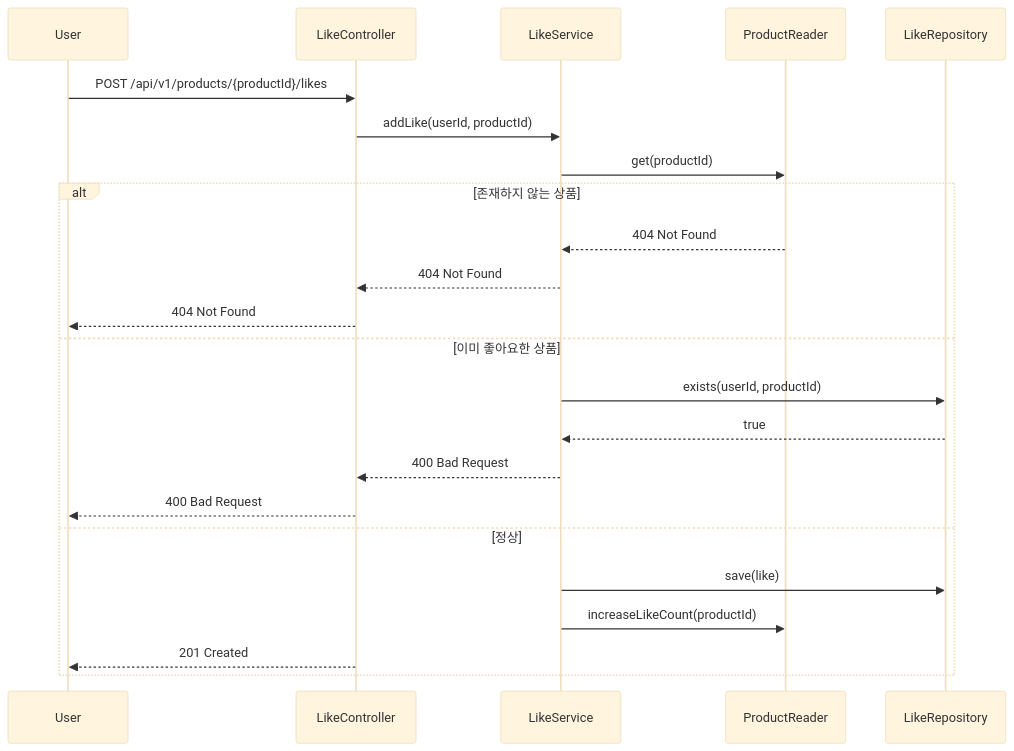
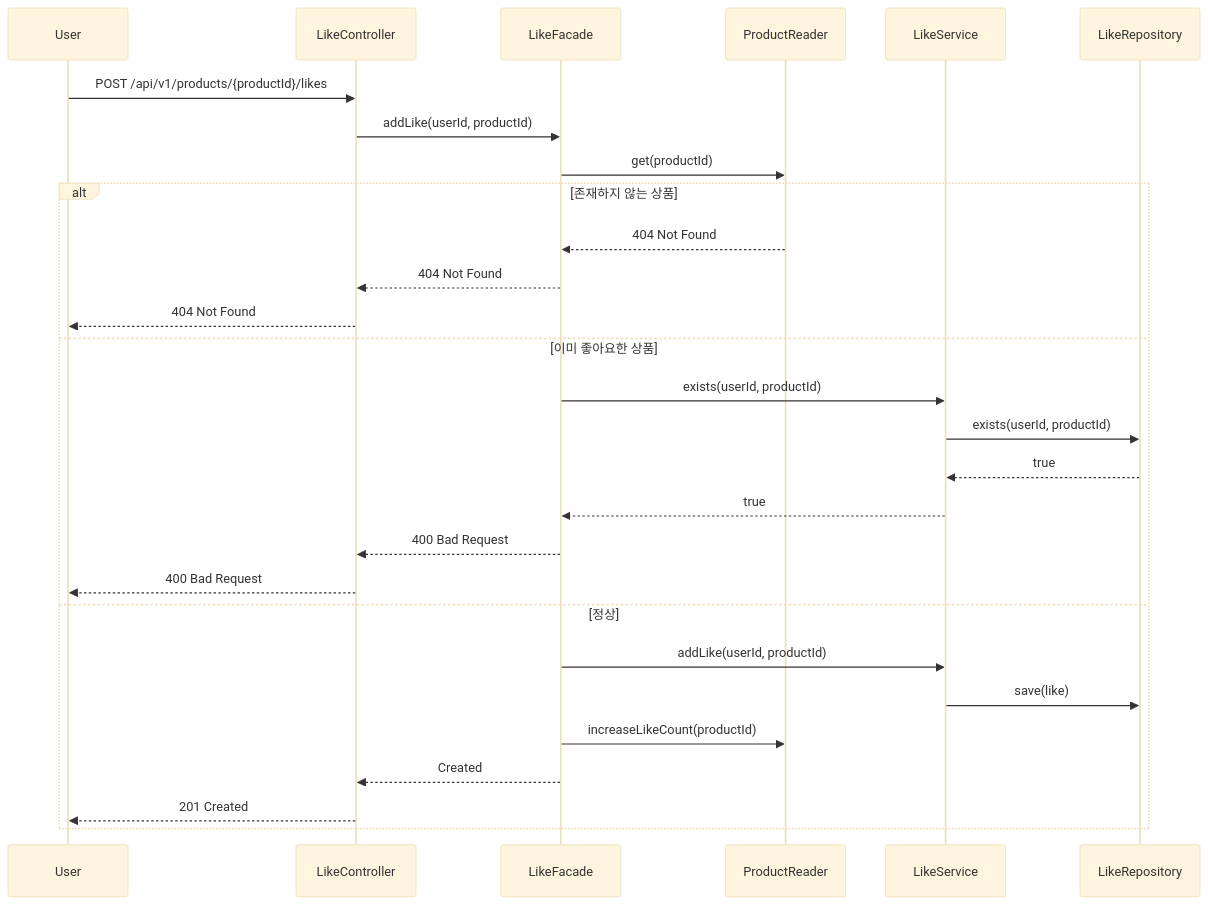
Before and after one commit to loopers-labs/loop-pack-be-l2-vol4-java: diagram 16 of 33 in .docs/design/sequence-diagrams.md, drawn with Mermaid (base theme). The commit also changed other lines of this file, not shown here.

Commit message:
fix: 시퀀스 다이어그램 파사드 추가

````diff
--- a/.docs/design/sequence-diagrams.md
+++ b/.docs/design/sequence-diagrams.md
@@ -415,27 +462,32 @@
 ```mermaid
 sequenceDiagram
     participant User
     participant LikeController
+    participant LikeFacade
+    participant ProductReader
     participant LikeService
-    participant ProductReader
     participant LikeRepository
 
     User->>LikeController: POST /api/v1/products/{productId}/likes
-    LikeController->>LikeService: addLike(userId, productId)
-    LikeService->>ProductReader: get(productId)
+    LikeController->>LikeFacade: addLike(userId, productId)
+    LikeFacade->>ProductReader: get(productId)
 
     alt 존재하지 않는 상품
-        ProductReader-->>LikeService: 404 Not Found
-        LikeService-->>LikeController: 404 Not Found
+        ProductReader-->>LikeFacade: 404 Not Found
+        LikeFacade-->>LikeController: 404 Not Found
         LikeController-->>User: 404 Not Found
     else 이미 좋아요한 상품
+        LikeFacade->>LikeService: exists(userId, productId)
         LikeService->>LikeRepository: exists(userId, productId)
         LikeRepository-->>LikeService: true
-        LikeService-->>LikeController: 400 Bad Request
+        LikeService-->>LikeFacade: true
+        LikeFacade-->>LikeController: 400 Bad Request
         LikeController-->>User: 400 Bad Request
     else 정상
+        LikeFacade->>LikeService: addLike(userId, productId)
         LikeService->>LikeRepository: save(like)
-        LikeService->>ProductReader: increaseLikeCount(productId)
+        LikeFacade->>ProductReader: increaseLikeCount(productId)
+        LikeFacade-->>LikeController: Created
         LikeController-->>User: 201 Created
     end
 ```
````
